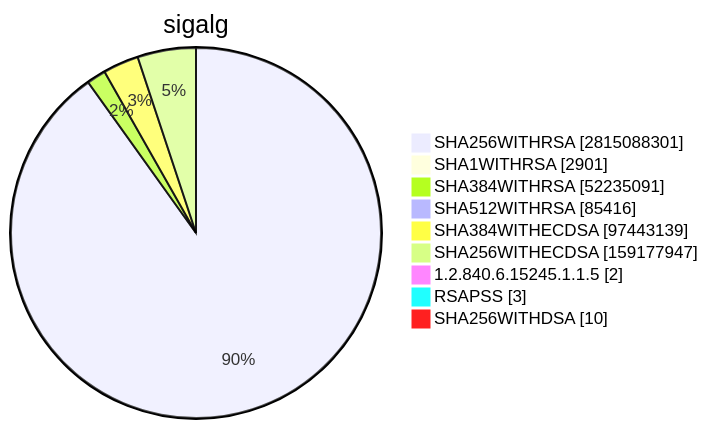
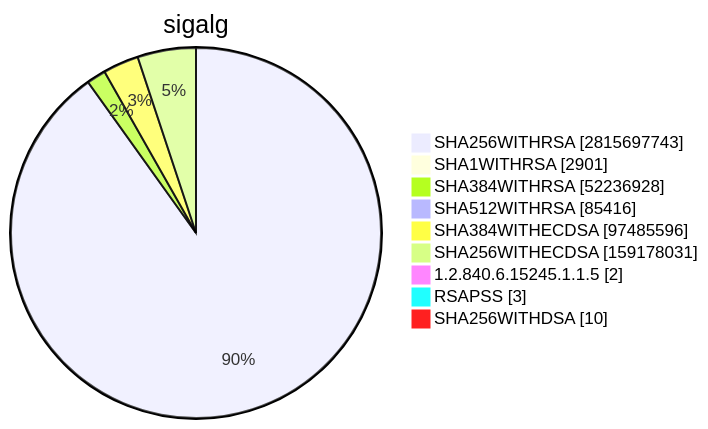
Diagram 15 of 15 in TOTAL/README.md (christiankrug/ctmonitor_visualization), drawn with Mermaid before and after one commit. The commit also changed other lines of this file, not shown here.

````diff
--- a/TOTAL/README.md
+++ b/TOTAL/README.md
@@ -6205,13 +6205,13 @@
 ```mermaid
 pie showData
 title sigalg
-"SHA256WITHRSA" :2815088301
+"SHA256WITHRSA" :2815697743
 "SHA1WITHRSA" :2901
-"SHA384WITHRSA" :52235091
+"SHA384WITHRSA" :52236928
 "SHA512WITHRSA" :85416
-"SHA384WITHECDSA" :97443139
-"SHA256WITHECDSA" :159177947
+"SHA384WITHECDSA" :97485596
+"SHA256WITHECDSA" :159178031
 "1.2.840.6.15245.1.1.5" :2
 "RSAPSS" :3
 "SHA256WITHDSA" :10
 ```
````
